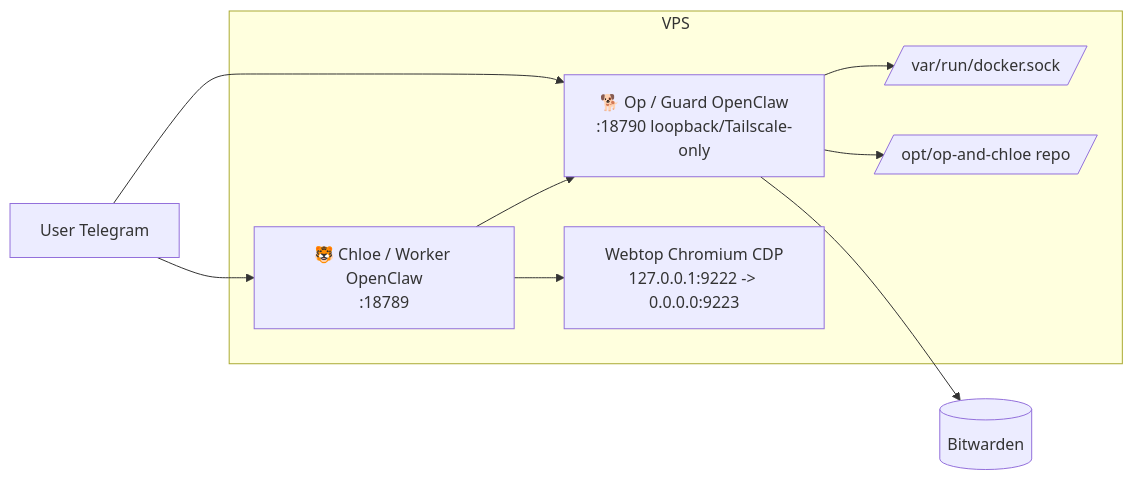
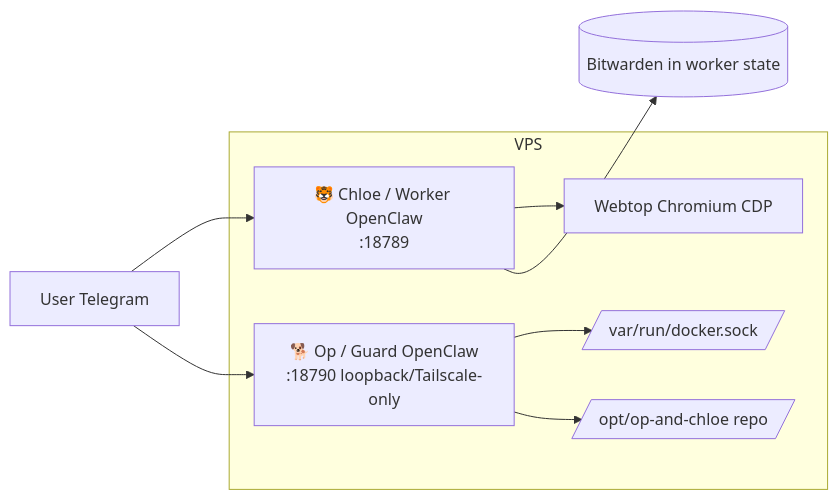
Before and after one commit to mere/openclaw-stack: the diagram in core/guard/ROLE.md, drawn with Mermaid. The commit also changed other lines of this file and 32 other files, not shown here.

First line of the commit message:
feat!: move Bitwarden to worker, remove bridge, passwordless scripts

````diff
--- a/core/guard/ROLE.md
+++ b/core/guard/ROLE.md
@@ -21,20 +19,18 @@
 ```mermaid
 flowchart LR
   U[User Telegram] --> W[🐯 Chloe / Worker OpenClaw\n:18789]
   U --> G[🐕 Op / Guard OpenClaw\n:18790 loopback/Tailscale-only]
 
-  W --> B[Webtop Chromium CDP\n127.0.0.1:9222 -> 0.0.0.0:9223]
-  W --> G
-
+  W --> B[Webtop Chromium CDP]
   G --> D[/var/run/docker.sock/]
   G --> R[/opt/op-and-chloe repo/]
-  G --> S[(Bitwarden)]
+  W --> S[(Bitwarden in worker state)]
 
   subgraph VPS
     W
     G
     B
     D
     R
   end
 ```
````
